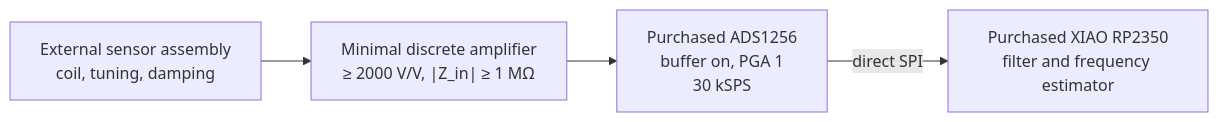
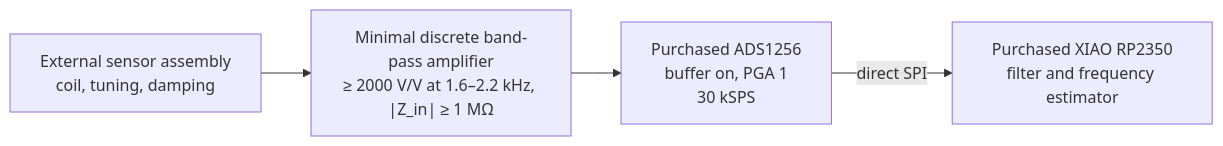
One commit to ethanewer/ece455 changed the first of 2 diagrams in docs/receiver-estimator-slides.md. Above: the diagram before and after it, drawn with Mermaid. The commit also changed other lines of this file and 25 other files, not shown here.

First line of the commit message:
Add receiver band-pass filter and enforce requirements in make verify

````diff
--- a/docs/receiver-estimator-slides.md
+++ b/docs/receiver-estimator-slides.md
@@ -3,6 +3,6 @@
 ```mermaid
 flowchart LR
-  ext["External sensor assembly<br/>coil, tuning, damping"] --> amp["Minimal discrete amplifier<br/>≥ 2000 V/V, |Z_in| ≥ 1 MΩ"]
+  ext["External sensor assembly<br/>coil, tuning, damping"] --> amp["Minimal discrete band-pass amplifier<br/>≥ 2000 V/V at 1.6–2.2 kHz, |Z_in| ≥ 1 MΩ"]
   amp --> adc["Purchased ADS1256<br/>buffer on, PGA 1<br/>30 kSPS"]
   adc -->|direct SPI| xiao["Purchased XIAO RP2350<br/>filter and frequency estimator"]
 ```
````
